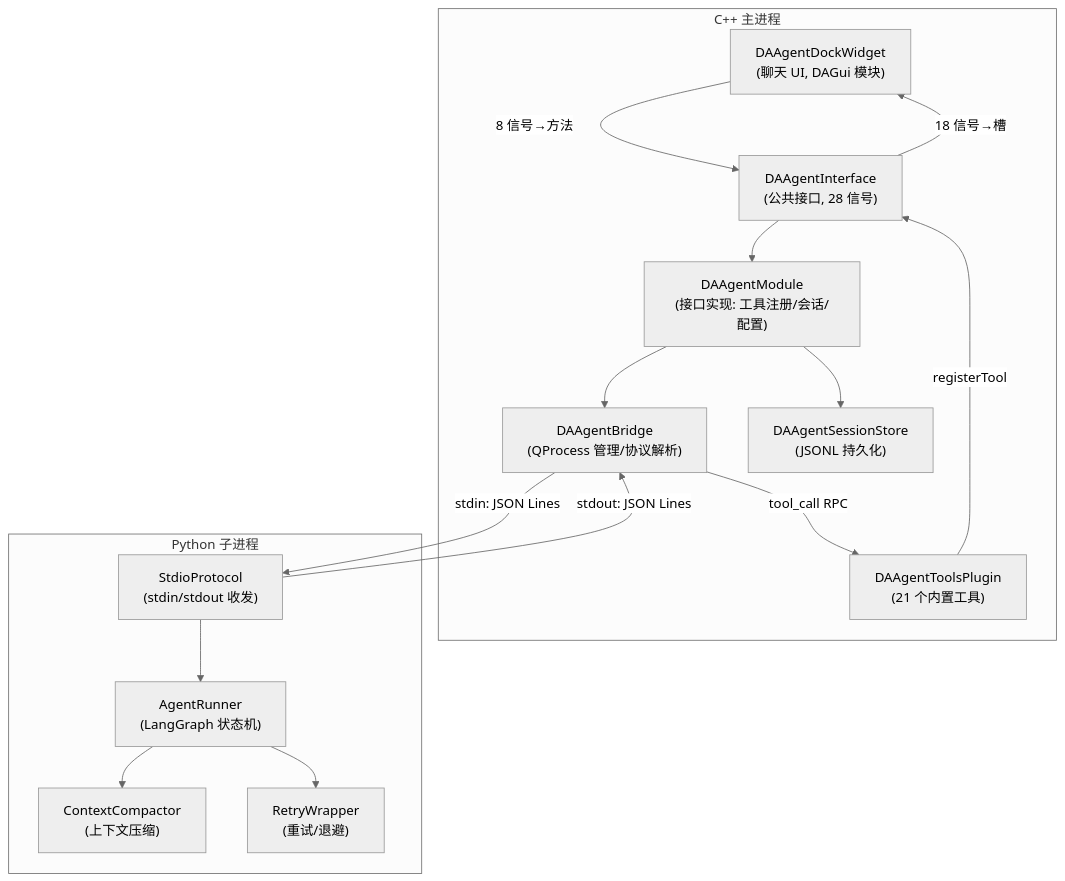
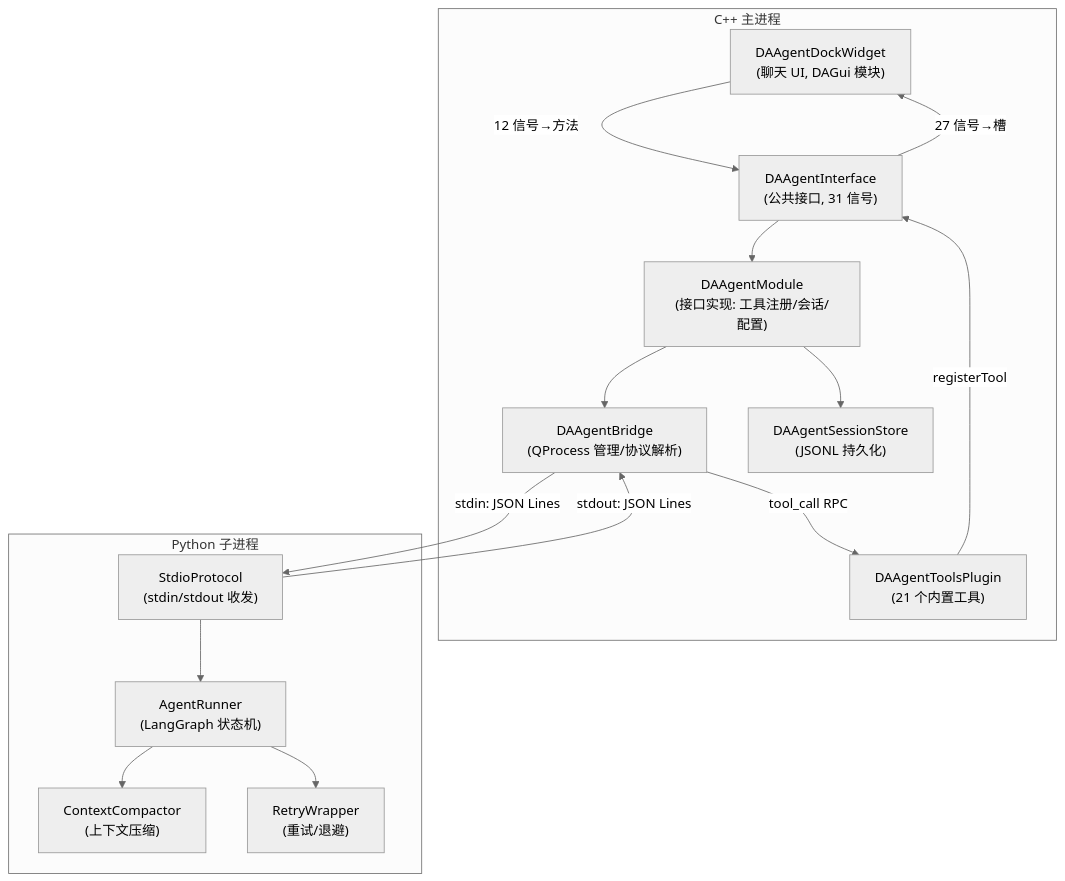
One commit to czyt1988/data-workbench changed the diagram in docs/zh/dev-guide/agent/index.md. Above: the diagram before and after it, drawn with Mermaid (neutral theme). The commit also changed other lines of this file and 55 other files, not shown here.

````diff
--- a/docs/zh/dev-guide/agent/index.md
+++ b/docs/zh/dev-guide/agent/index.md
@@ -43,32 +43,32 @@
 ```mermaid
 graph TB
     subgraph "C++ 主进程"
         UI["DAAgentDockWidget<br/>(聊天 UI, DAGui 模块)"]
-        IF["DAAgentInterface<br/>(公共接口, 28 信号)"]
+        IF["DAAgentInterface<br/>(公共接口, 31 信号)"]
         MOD["DAAgentModule<br/>(接口实现: 工具注册/会话/配置)"]
         BRIDGE["DAAgentBridge<br/>(QProcess 管理/协议解析)"]
         STORE["DAAgentSessionStore<br/>(JSONL 持久化)"]
         TOOLS["DAAgentToolsPlugin<br/>(21 个内置工具)"]
     end
 
     subgraph "Python 子进程"
         PROTO["StdioProtocol<br/>(stdin/stdout 收发)"]
         RUNNER["AgentRunner<br/>(LangGraph 状态机)"]
         CTX["ContextCompactor<br/>(上下文压缩)"]
         RETRY["RetryWrapper<br/>(重试/退避)"]
     end
 
-    UI -->|"8 信号→方法"| IF
-    IF -->|"18 信号→槽"| UI
+    UI -->|"12 信号→方法"| IF
+    IF -->|"27 信号→槽"| UI
     IF --> MOD
     MOD --> BRIDGE
     MOD --> STORE
     TOOLS -->|"registerTool"| IF
 
     BRIDGE -->|"stdin: JSON Lines"| PROTO
     PROTO -->|"stdout: JSON Lines"| BRIDGE
     PROTO --> RUNNER
     RUNNER --> CTX
     RUNNER --> RETRY
     BRIDGE -->|"tool_call RPC"| TOOLS
 ```
````
